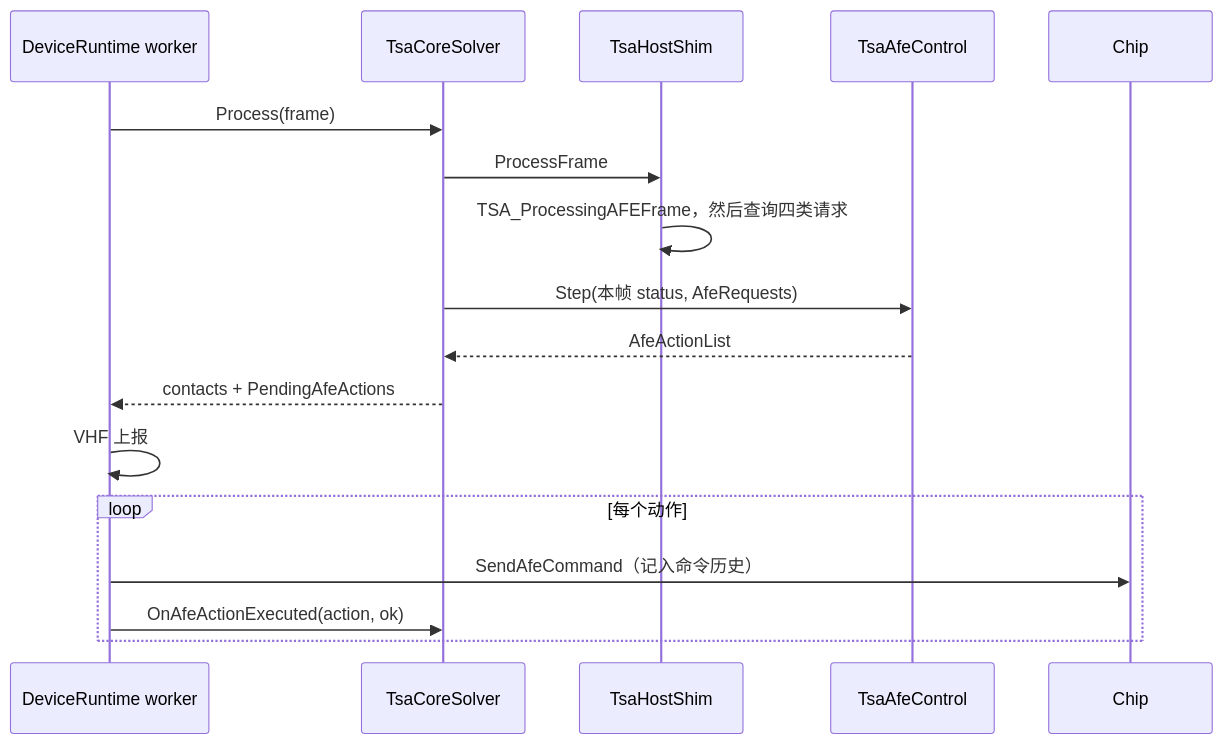
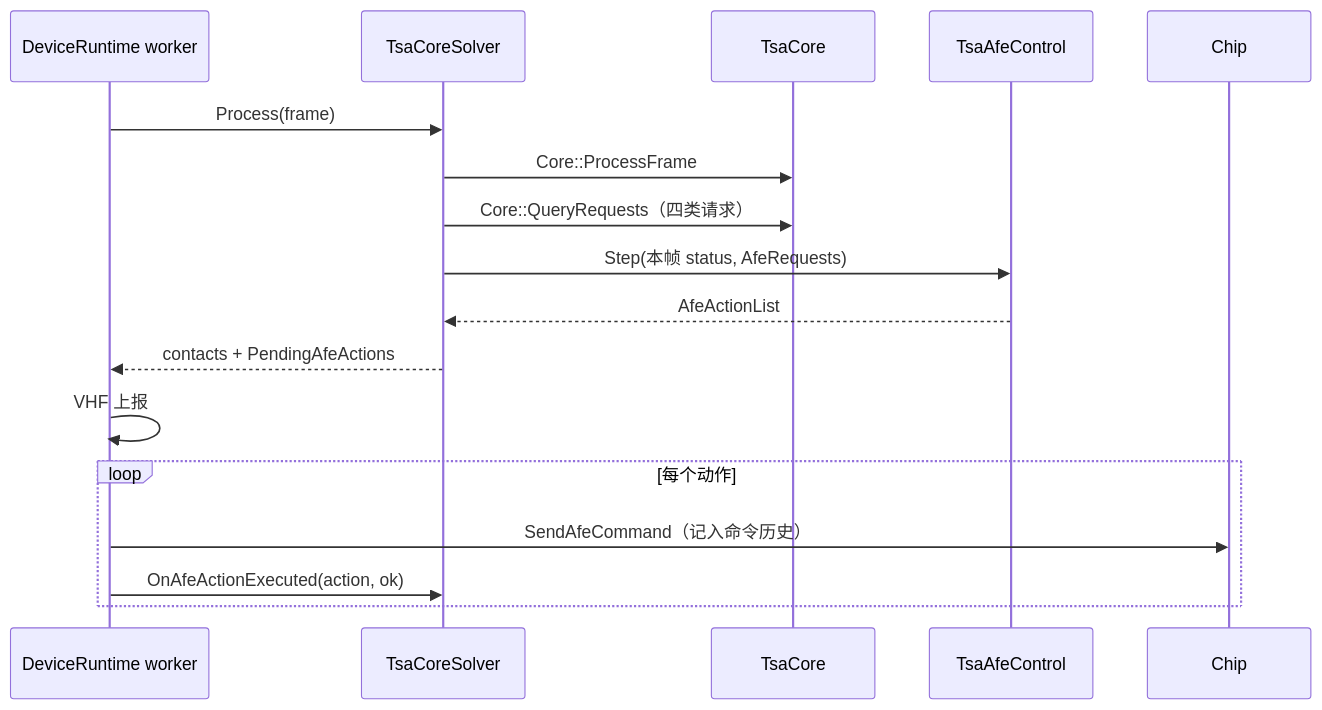
Before and after one commit to awarson2233/EGoTouchRev: the tenth of 10 diagrams in docs/finger_algorithms/tsacore-raw-integration.md, drawn with Mermaid. The commit also changed other lines of this file and 34 other files, not shown here.

First line of the commit message:
refactor(tsacore): 宿主接口改成类型化的 TsaCore.h，删掉 shim 与核里的死代码

````diff
--- a/docs/finger_algorithms/tsacore-raw-integration.md
+++ b/docs/finger_algorithms/tsacore-raw-integration.md
@@ -372,19 +371,19 @@
 ```mermaid
 sequenceDiagram
     participant RT as DeviceRuntime worker
     participant S as TsaCoreSolver
-    participant H as TsaHostShim
+    participant T as TsaCore
     participant C as TsaAfeControl
     participant CH as Chip
     RT->>S: Process(frame)
-    S->>H: ProcessFrame
-    H->>H: TSA_ProcessingAFEFrame，然后查询四类请求
+    S->>T: Core::ProcessFrame
+    S->>T: Core::QueryRequests（四类请求）
     S->>C: Step(本帧 status, AfeRequests)
     C-->>S: AfeActionList
     S-->>RT: contacts + PendingAfeActions
     RT->>RT: VHF 上报
     loop 每个动作
         RT->>CH: SendAfeCommand（记入命令历史）
         RT->>S: OnAfeActionExecuted(action, ok)
     end
 ```
````
